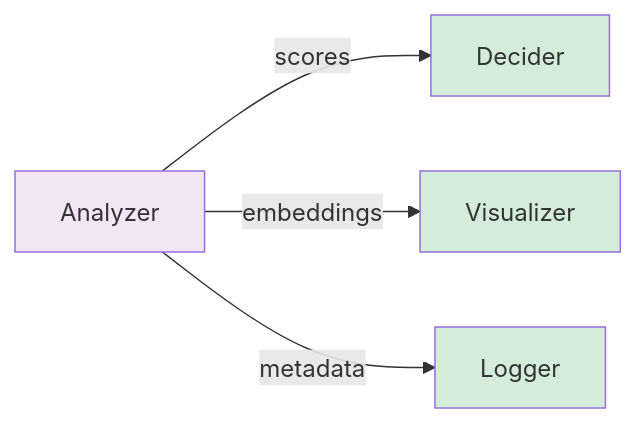
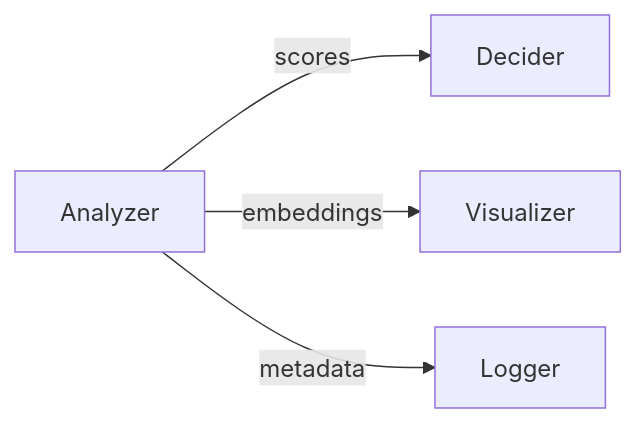
The fifth of 6 diagrams in docs/concepts/port.md (cubert-hyperspectral/cuvis-ai), drawn with Mermaid before and after one commit. The commit also changed other lines of this file and 18 other files, not shown here.

First line of the commit message:
docs(theme): use classDef for Mermaid styling and tighten cross-page copy

````diff
--- a/docs/concepts/port.md
+++ b/docs/concepts/port.md
@@ -300,10 +292,6 @@
 ```mermaid
 graph LR
     A[Analyzer] -->|scores| B[Decider]
     A -->|embeddings| C[Visualizer]
     A -->|metadata| D[Logger]
-    style A fill:#f3e5f5
-    style B fill:#d4edda
-    style C fill:#d4edda
-    style D fill:#d4edda
 ```
````
